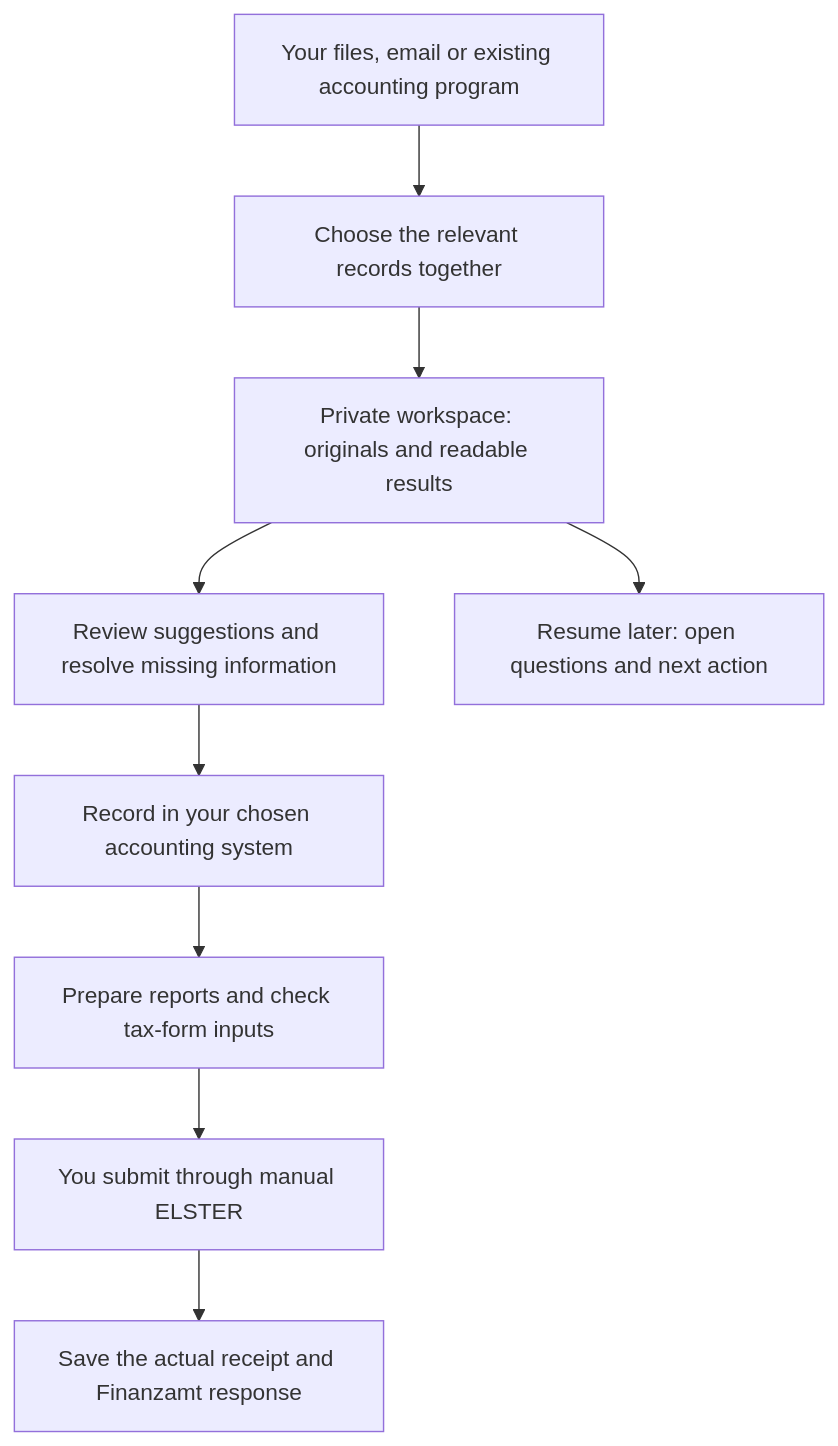
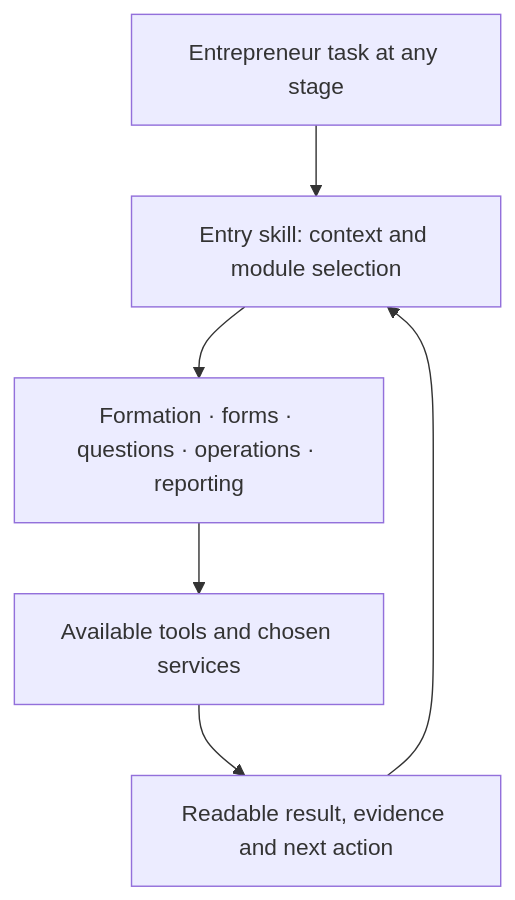
The diagram in README.md (ilyafedotov-ops/german-business-skills), drawn with Mermaid before and after one commit. The commit also changed other lines of this file and 20 other files, not shown here.

````diff
--- a/README.md
+++ b/README.md
@@ -34,11 +44,8 @@
 ```mermaid
 flowchart TD
-    A["Your files, email or existing accounting program"] --> B["Choose the relevant records together"]
-    B --> C["Private workspace: originals and readable results"]
-    C --> D["Review suggestions and resolve missing information"]
-    D --> E["Record in your chosen accounting system"]
-    E --> F["Prepare reports and check tax-form inputs"]
-    F --> G["You submit through manual ELSTER"]
-    G --> H["Save the actual receipt and Finanzamt response"]
-    C --> I["Resume later: open questions and next action"]
+    A["Entrepreneur task at any stage"] --> B["Entry skill: context and module selection"]
+    B --> C["Formation · forms · questions · operations · reporting"]
+    C --> D["Available tools and chosen services"]
+    D --> E["Readable result, evidence and next action"]
+    E --> B
 ```
````
